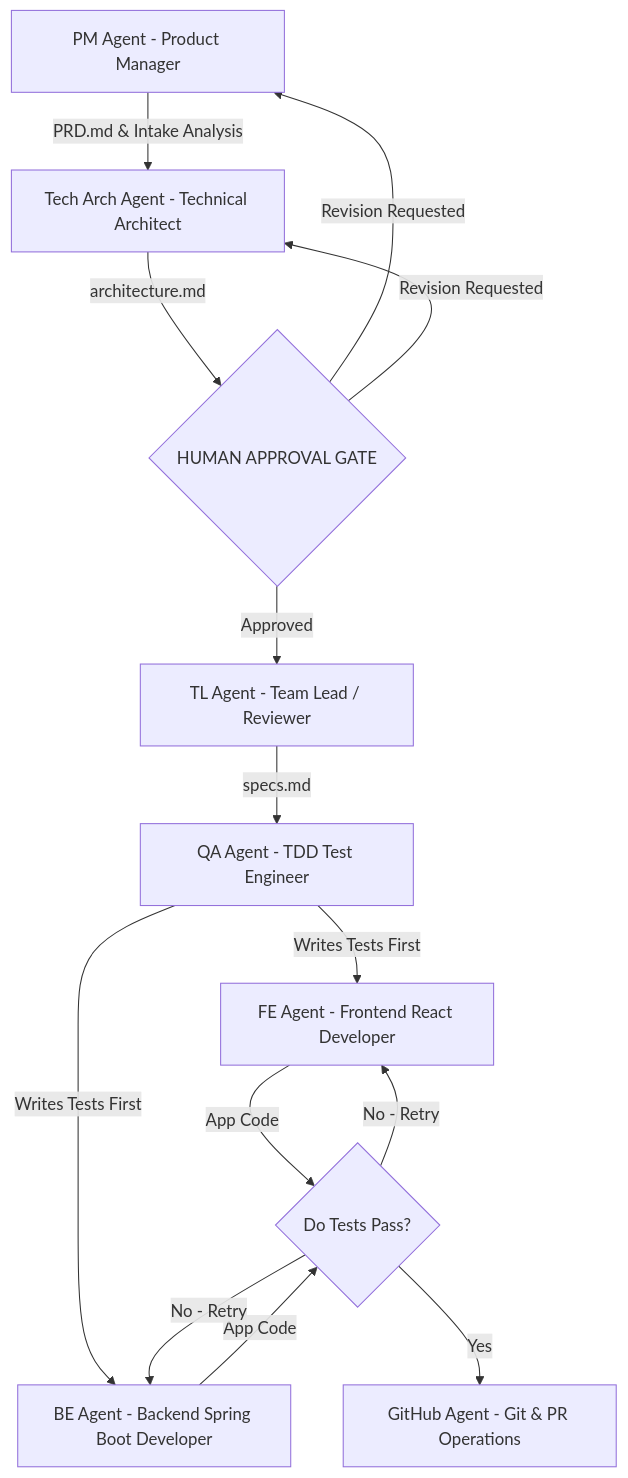
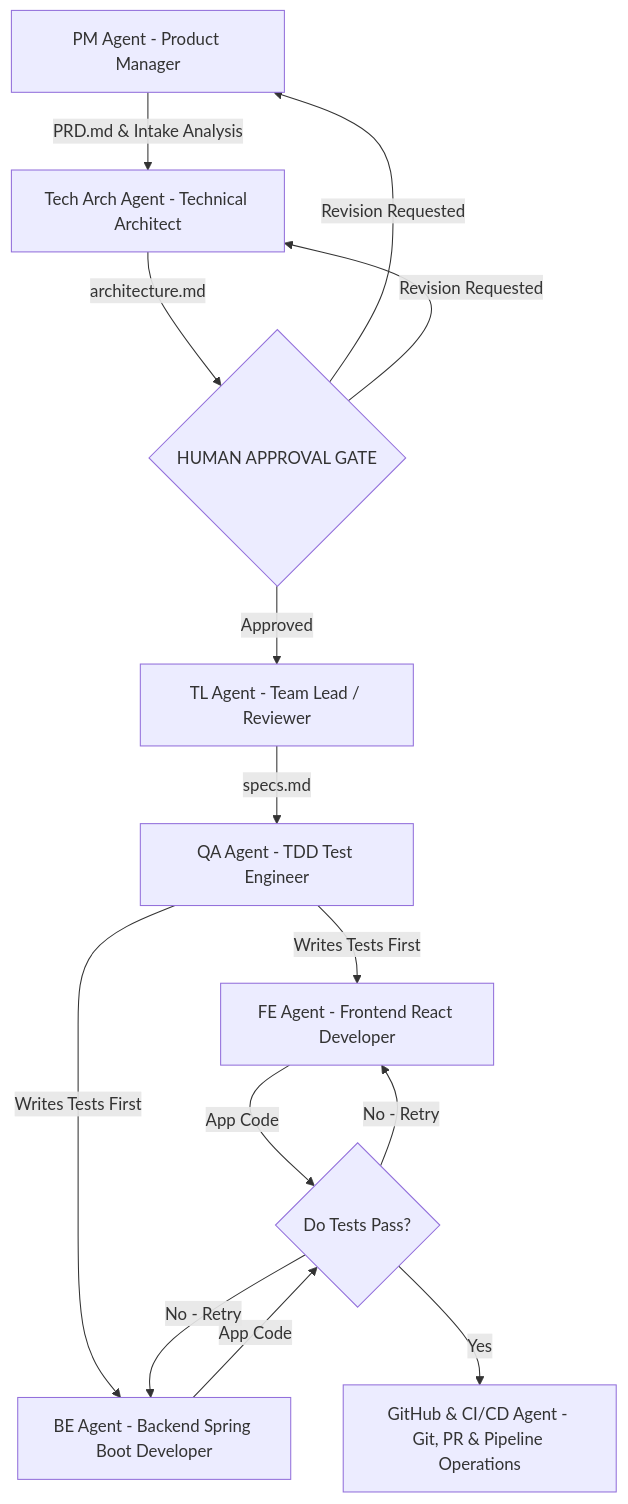
The diagram in AGENTIC_WORKFLOW_GUIDE.md (alokgupta02/DJP-v1), drawn with Mermaid before and after one commit. The commit also changed other lines of this file and 36 other files, not shown here.

````diff
--- a/AGENTIC_WORKFLOW_GUIDE.md
+++ b/AGENTIC_WORKFLOW_GUIDE.md
@@ -9,24 +9,24 @@
 ```mermaid
 graph TD
     PM[PM Agent - Product Manager]
     TL[TL Agent - Team Lead / Reviewer]
     TA[Tech Arch Agent - Technical Architect]
     FE[FE Agent - Frontend React Developer]
     BE[BE Agent - Backend Spring Boot Developer]
     QA[QA Agent - TDD Test Engineer]
-    GH[GitHub Agent - Git & PR Operations]
+    GH[GitHub & CI/CD Agent - Git, PR & Pipeline Operations]
 
     PM -->|PRD.md & Intake Analysis| TA
     TA -->|architecture.md| GATE{HUMAN APPROVAL GATE}
     GATE -->|Revision Requested| PM
     GATE -->|Revision Requested| TA
     GATE -->|Approved| TL
     TL -->|specs.md| QA
     QA -->|Writes Tests First| FE
     QA -->|Writes Tests First| BE
     FE -->|App Code| TEST{Do Tests Pass?}
     BE -->|App Code| TEST
     TEST -->|No - Retry| FE
     TEST -->|No - Retry| BE
     TEST -->|Yes| GH
 ```
````
